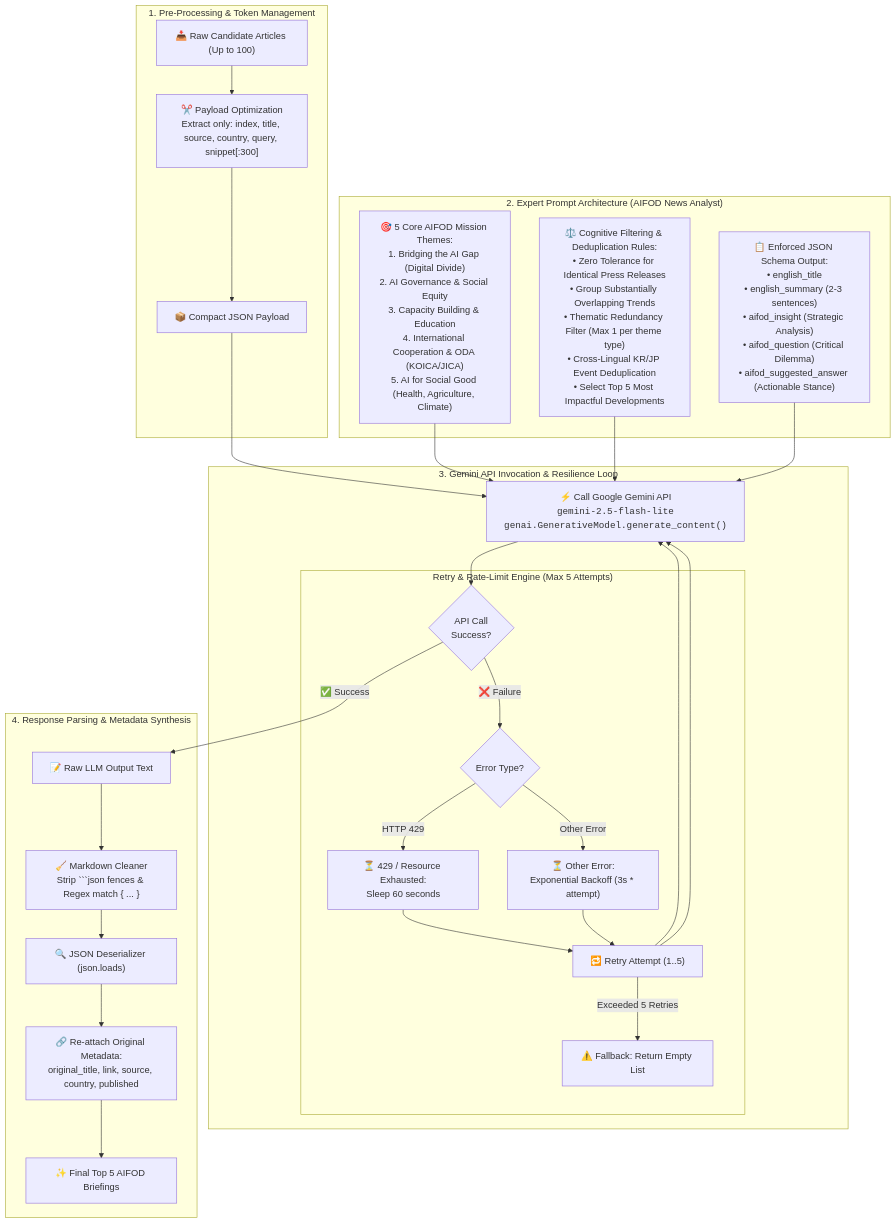
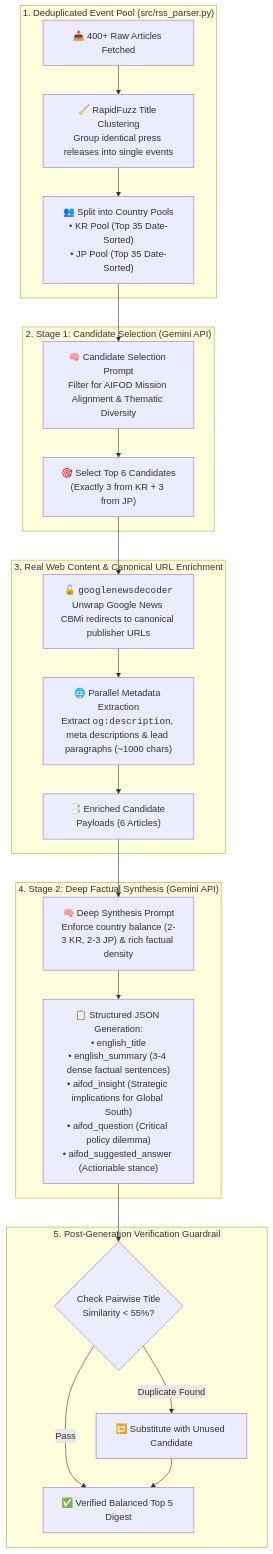
The second of 3 diagrams in README.md (henryhyunwookim/AI-news-aggregator-KRJP), drawn with Mermaid before and after one commit. The commit also changed other lines of this file and 8 other files, not shown here.

First line of the commit message:
feat: add algorithmic clustering deduplication, article enrichment, and unit tests

````diff
--- a/README.md
+++ b/README.md
@@ -119,54 +113,44 @@
 ```mermaid
 flowchart TD
     %% Input Articles
-    subgraph InputStage ["1. Pre-Processing & Token Management"]
-        RAW_ARTICLES["📥 Raw Candidate Articles (Up to 100)"]
-        MINIMIZER["✂️ Payload Optimization<br/>Extract only: index, title, source, country, query, snippet[:300]"]
-        COMPACT_JSON["📦 Compact JSON Payload"]
+    subgraph InputStage ["1. Deduplicated Event Pool (src/rss_parser.py)"]
+        RAW_FEED["📥 400+ Raw Articles Fetched"]
+        FUZZ_CLUSTER["🧹 RapidFuzz Title Clustering<br/>Group identical press releases into single events"]
+        SPLIT_POOLS["👥 Split into Country Pools<br/>• KR Pool (Top 35 Date-Sorted)<br/>• JP Pool (Top 35 Date-Sorted)"]
     end
 
-    %% Prompt Architecture
-    subgraph PromptStage ["2. Expert Prompt Architecture (AIFOD News Analyst)"]
-        P_MISSION["🎯 5 Core AIFOD Mission Themes:<br/>1. Bridging the AI Gap (Digital Divide)<br/>2. AI Governance & Social Equity<br/>3. Capacity Building & Education<br/>4. International Cooperation & ODA (KOICA/JICA)<br/>5. AI for Social Good (Health, Agriculture, Climate)"]
-        
-        P_RULES["⚖️ Cognitive Filtering & Deduplication Rules:<br/>• Zero Tolerance for Identical Press Releases<br/>• Group Substantially Overlapping Trends<br/>• Thematic Redundancy Filter (Max 1 per theme type)<br/>• Cross-Lingual KR/JP Event Deduplication<br/>• Select Top 5 Most Impactful Developments"]
-        
-        P_SCHEMA["📋 Enforced JSON Schema Output:<br/>• english_title<br/>• english_summary (2-3 sentences)<br/>• aifod_insight (Strategic Analysis)<br/>• aifod_question (Critical Dilemma)<br/>• aifod_suggested_answer (Actionable Stance)"]
+    %% Stage 1 Candidate Selection
+    subgraph Stage1 ["2. Stage 1: Candidate Selection (Gemini API)"]
+        S1_PROMPT["🧠 Candidate Selection Prompt<br/>Filter for AIFOD Mission Alignment & Thematic Diversity"]
+        S1_SELECT["🎯 Select Top 6 Candidates<br/>(Exactly 3 from KR + 3 from JP)"]
     end
 
-    %% Execution & Resilience Engine
-    subgraph ExecutionStage ["3. Gemini API Invocation & Resilience Loop"]
-        CALL_GEMINI["⚡ Call Google Gemini API<br/><code>gemini-2.5-flash-lite</code><br/><code>genai.GenerativeModel.generate_content()</code>"]
-        
-        subgraph ErrorHandling ["Retry & Rate-Limit Engine (Max 5 Attempts)"]
-            CHECK_RESP{"API Call<br/>Success?"}
-            RATE_LIMIT{"Error Type?"}
-            WAIT_429["⏳ 429 / Resource Exhausted:<br/>Sleep 60 seconds"]
-            WAIT_EXP["⏳ Other Error:<br/>Exponential Backoff (3s * attempt)"]
-            RETRY["🔁 Retry Attempt (1..5)"]
-            FAIL_SAFE["⚠️ Fallback: Return Empty List"]
-        end
+    %% Web Content Enrichment
+    subgraph EnrichmentStage ["3. Real Web Content & Canonical URL Enrichment"]
+        DECODER["🔓 <code>googlenewsdecoder</code><br/>Unwrap Google News CBMi redirects to canonical publisher URLs"]
+        FETCHER["🌐 Parallel Metadata Extraction<br/>Extract <code>og:description</code>, meta descriptions & lead paragraphs (~1000 chars)"]
+        ENRICHED_DATA["📑 Enriched Candidate Payloads (6 Articles)"]
     end
 
-    %% JSON Extraction & Synthesis
-    subgraph ExtractionStage ["4. Response Parsing & Metadata Synthesis"]
-        RAW_TEXT["📝 Raw LLM Output Text"]
-        STRIP_MD["🧹 Markdown Cleaner<br/>Strip ```json fences & Regex match { ... }"]
-        JSON_PARSE["🔍 JSON Deserializer (json.loads)"]
-        MERGE_META["🔗 Re-attach Original Metadata:<br/>original_title, link, source, country, published"]
-        FINAL_TOP5["✨ Final Top 5 AIFOD Briefings"]
+    %% Stage 2 Deep Synthesis
+    subgraph Stage2 ["4. Stage 2: Deep Factual Synthesis (Gemini API)"]
+        S2_PROMPT["🧠 Deep Synthesis Prompt<br/>Enforce country balance (2-3 KR, 2-3 JP) & rich factual density"]
+        S2_OUTPUT["📋 Structured JSON Generation:<br/>• english_title<br/>• english_summary (3-4 dense factual sentences)<br/>• aifod_insight (Strategic implications for Global South)<br/>• aifod_question (Critical policy dilemma)<br/>• aifod_suggested_answer (Actionable stance)"]
+    end
+
+    %% Post-Guardrail
+    subgraph GuardrailStage ["5. Post-Generation Verification Guardrail"]
+        SIM_CHECK{"Check Pairwise Title<br/>Similarity < 55%?"}
+        POST_VERIFY["✅ Verified Balanced Top 5 Digest"]
+        SUB_ALT["🔁 Substitute with Unused Candidate"]
     end
 
     %% Connections
-    RAW_ARTICLES --> MINIMIZER --> COMPACT_JSON
-    COMPACT_JSON & P_MISSION & P_RULES & P_SCHEMA --> CALL_GEMINI
-    
-    CALL_GEMINI --> CHECK_RESP
-    CHECK_RESP -- "❌ Failure" --> RATE_LIMIT
-    RATE_LIMIT -- "HTTP 429" --> WAIT_429 --> RETRY --> CALL_GEMINI
-    RATE_LIMIT -- "Other Error" --> WAIT_EXP --> RETRY --> CALL_GEMINI
-    RETRY -- "Exceeded 5 Retries" --> FAIL_SAFE
-    
-    CHECK_RESP -- "✅ Success" --> RAW_TEXT
-    RAW_TEXT --> STRIP_MD --> JSON_PARSE --> MERGE_META --> FINAL_TOP5
+    RAW_FEED --> FUZZ_CLUSTER --> SPLIT_POOLS
+    SPLIT_POOLS --> S1_PROMPT --> S1_SELECT
+    S1_SELECT --> DECODER --> FETCHER --> ENRICHED_DATA
+    ENRICHED_DATA --> S2_PROMPT --> S2_OUTPUT
+    S2_OUTPUT --> SIM_CHECK
+    SIM_CHECK -- "Pass" --> POST_VERIFY
+    SIM_CHECK -- "Duplicate Found" --> SUB_ALT --> POST_VERIFY
 ```
````
